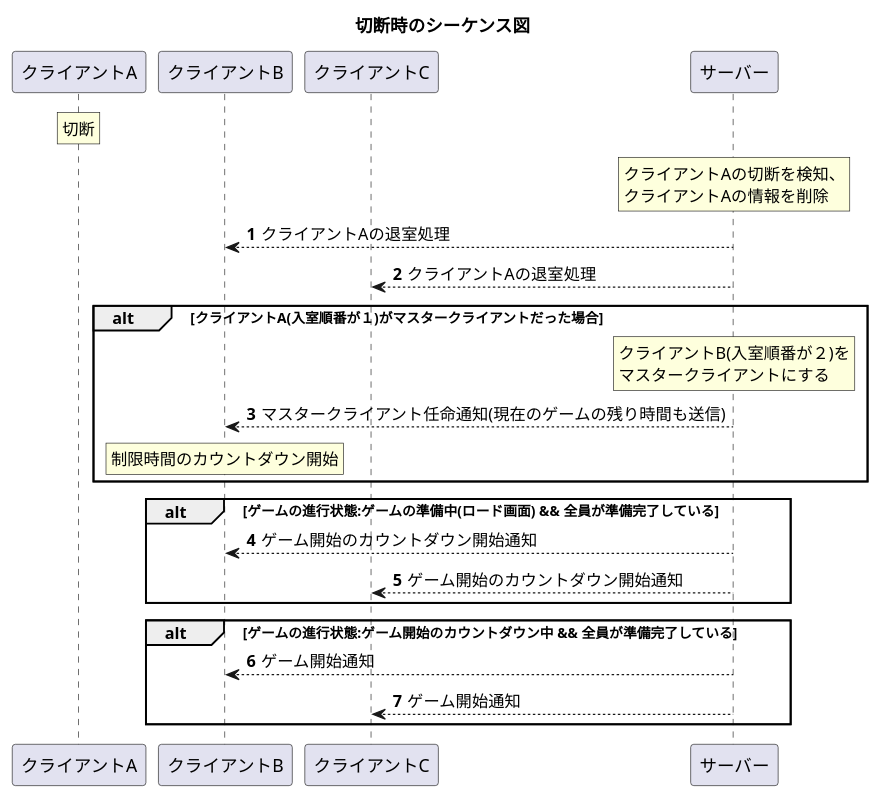
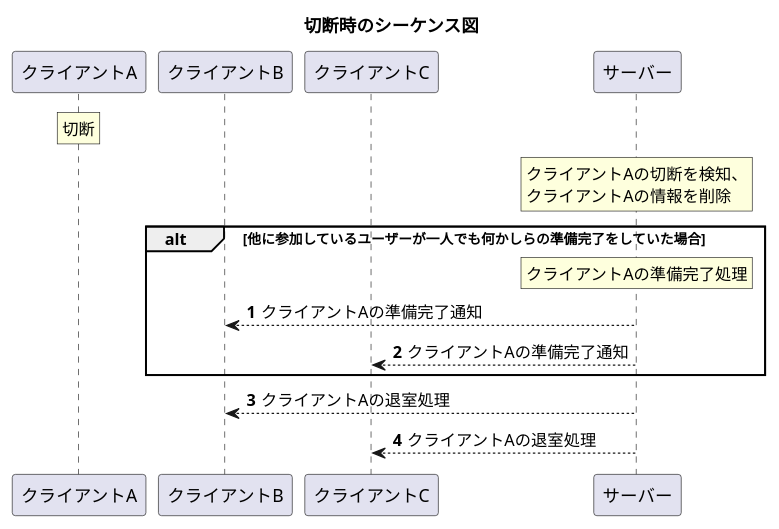
Before and after one commit to osaaaaaaaaaa/PlayingOutside: the diagram in Document/04_切断時のシーケンス.puml, drawn with PlantUML. The commit also changed 7 other files, not shown here.

```diff
--- a/Document/04_切断時のシーケンス.puml
+++ b/Document/04_切断時のシーケンス.puml
@@ -1,52 +1,30 @@
 @startuml
 'https://plantuml.com/sequence-diagram
 
 '[メモ]'
 'ルーム内 => 該当のUIを削除、クライアントサイドのデータ削除'
 'ゲーム準備中 => キャラクターの生成が終了してからキャラクターとクライアントサイドのデータ削除'
 'ゲーム中 => キャラクター削除、クライアントサイドのデータ削除'
 'リザルトなど他のシーン => クライアントサイドのデータ削除'
 
 
 participant クライアントA
 participant クライアントB
 participant クライアントC
 participant サーバー
 
 autonumber
 title 切断時のシーケンス図
 rnote over クライアントA:切断
 rnote over サーバー:クライアントAの切断を検知、\nクライアントAの情報を削除
-/'クライアントB <-- サーバー:クライアントAが退室した通知
-クライアントC <-- サーバー:クライアントAが退室した通知'/
 
-/'alt ゲームの進行状態:ルーム待機中 && ルームのホストがクライアントAの場合
-クライアントB -> サーバー:退室処理のリクエスト
-クライアントC -> サーバー:退室処理のリクエスト
+alt 他に参加しているユーザーが一人でも何かしらの準備完了をしていた場合
+rnote over サーバー:クライアントAの準備完了処理
+クライアントB <-- サーバー:クライアントAの準備完了通知
+クライアントC <-- サーバー:クライアントAの準備完了通知
 end
-
-alt ゲームの進行状態:ルーム待機中 && ルームのホストがクライアントAの場合
-クライアントB -> サーバー:退室処理のリクエスト
-クライアントC -> サーバー:退室処理のリクエスト
-end'/
 
 クライアントB <-- サーバー:クライアントAの退室処理
 クライアントC <-- サーバー:クライアントAの退室処理
 
-alt クライアントA(入室順番が１)がマスタークライアントだった場合
-rnote over サーバー:クライアントB(入室順番が２)を\nマスタークライアントにする
-クライアントB <-- サーバー:マスタークライアント任命通知(現在のゲームの残り時間も送信)
-rnote over クライアントB:制限時間のカウントダウン開始
-end
-
-alt ゲームの進行状態:ゲームの準備中(ロード画面) && 全員が準備完了している
-クライアントB <-- サーバー:ゲーム開始のカウントダウン開始通知
-クライアントC <-- サーバー:ゲーム開始のカウントダウン開始通知
-end
-
-alt ゲームの進行状態:ゲーム開始のカウントダウン中 && 全員が準備完了している
-クライアントB <-- サーバー:ゲーム開始通知
-クライアントC <-- サーバー:ゲーム開始通知
-end
-
 @enduml クライアントA
```
